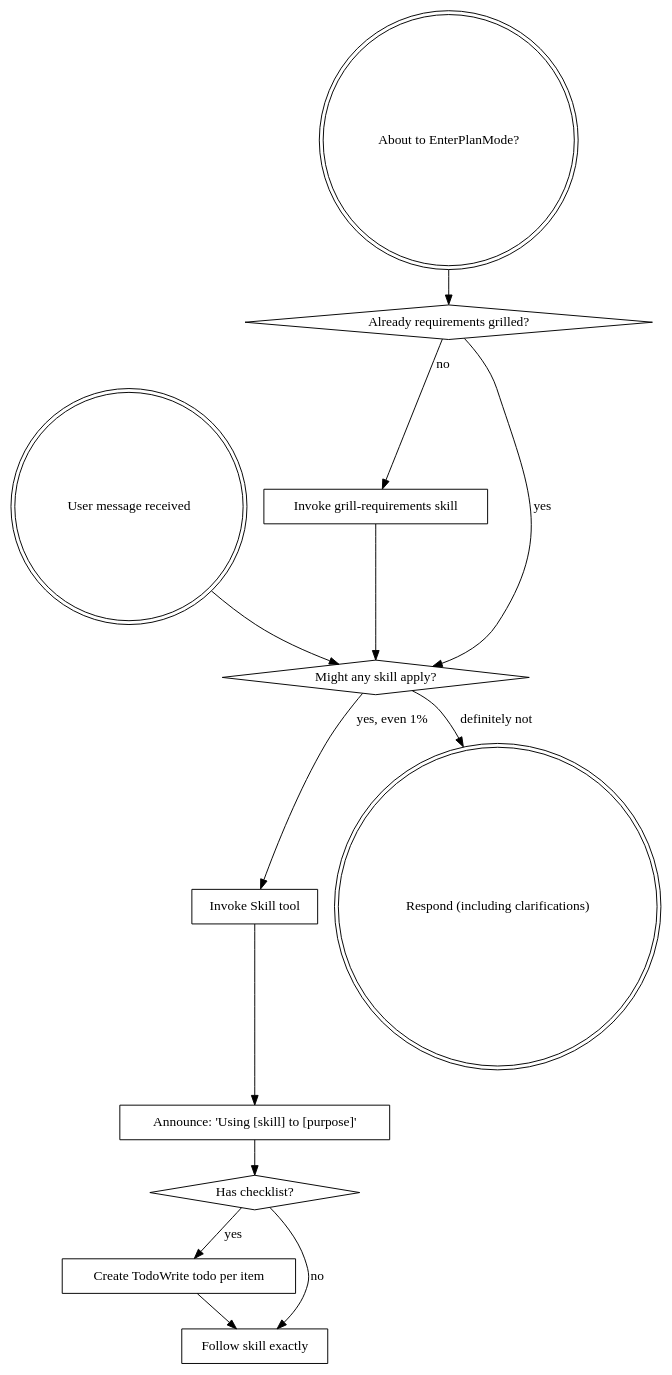
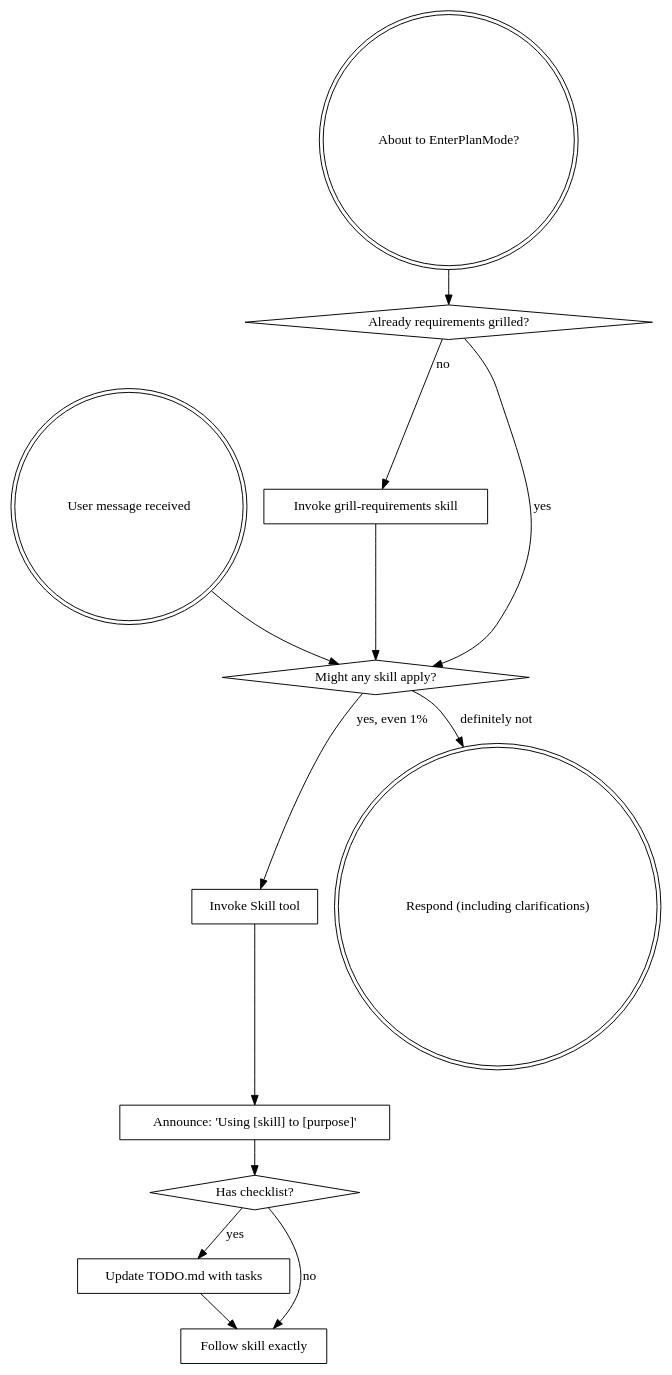
Before and after one commit to Chun-Chieh-Chang/SkillsBuilder: the diagram in skills/core/using-superpowers/SKILL.md, drawn with Graphviz. The commit also changed other lines of this file and 10 other files, not shown here.

````diff
--- a/skills/core/using-superpowers/SKILL.md
+++ b/skills/core/using-superpowers/SKILL.md
@@ -48,29 +48,29 @@
 ```dot
 digraph skill_flow {
     "User message received" [shape=doublecircle];
     "About to EnterPlanMode?" [shape=doublecircle];
     "Already requirements grilled?" [shape=diamond];
     "Invoke grill-requirements skill" [shape=box];
     "Might any skill apply?" [shape=diamond];
     "Invoke Skill tool" [shape=box];
     "Announce: 'Using [skill] to [purpose]'" [shape=box];
     "Has checklist?" [shape=diamond];
-    "Create TodoWrite todo per item" [shape=box];
+    "Update TODO.md with tasks" [shape=box];
     "Follow skill exactly" [shape=box];
     "Respond (including clarifications)" [shape=doublecircle];
 
     "About to EnterPlanMode?" -> "Already requirements grilled?";
     "Already requirements grilled?" -> "Invoke grill-requirements skill" [label="no"];
     "Already requirements grilled?" -> "Might any skill apply?" [label="yes"];
     "Invoke grill-requirements skill" -> "Might any skill apply?";
 
     "User message received" -> "Might any skill apply?";
     "Might any skill apply?" -> "Invoke Skill tool" [label="yes, even 1%"];
     "Might any skill apply?" -> "Respond (including clarifications)" [label="definitely not"];
     "Invoke Skill tool" -> "Announce: 'Using [skill] to [purpose]'";
     "Announce: 'Using [skill] to [purpose]'" -> "Has checklist?";
-    "Has checklist?" -> "Create TodoWrite todo per item" [label="yes"];
+    "Has checklist?" -> "Update TODO.md with tasks" [label="yes"];
     "Has checklist?" -> "Follow skill exactly" [label="no"];
-    "Create TodoWrite todo per item" -> "Follow skill exactly";
+    "Update TODO.md with tasks" -> "Follow skill exactly";
 }
 ```
````
